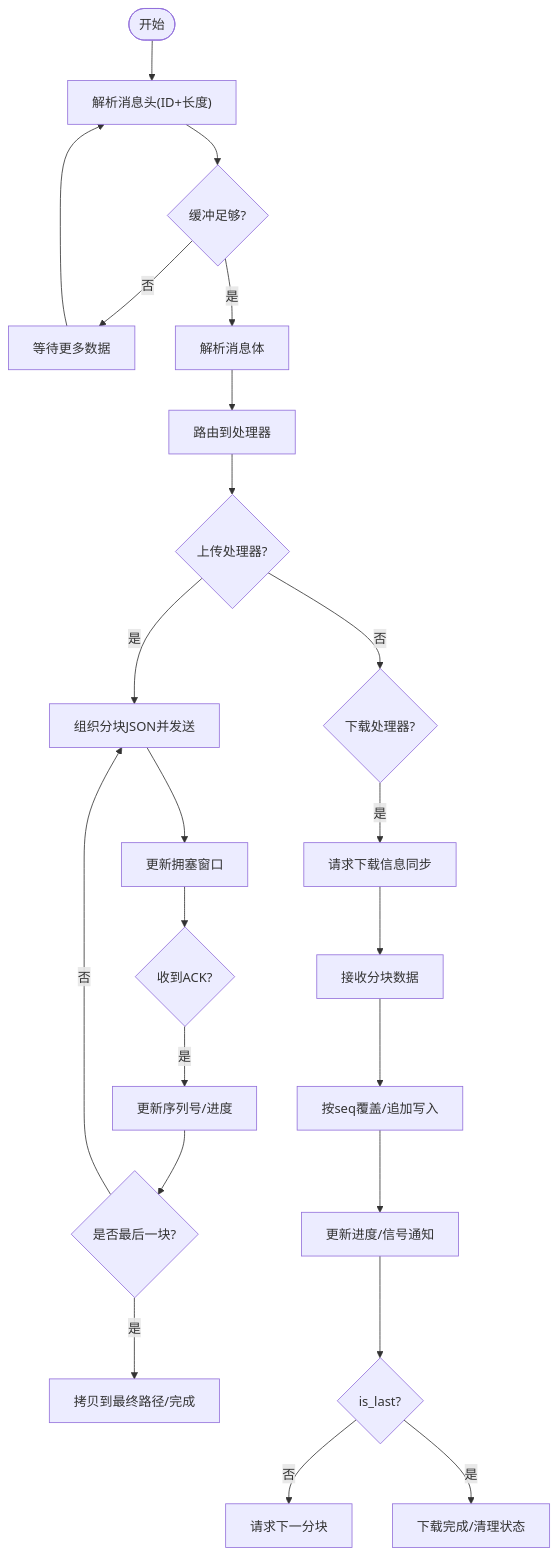
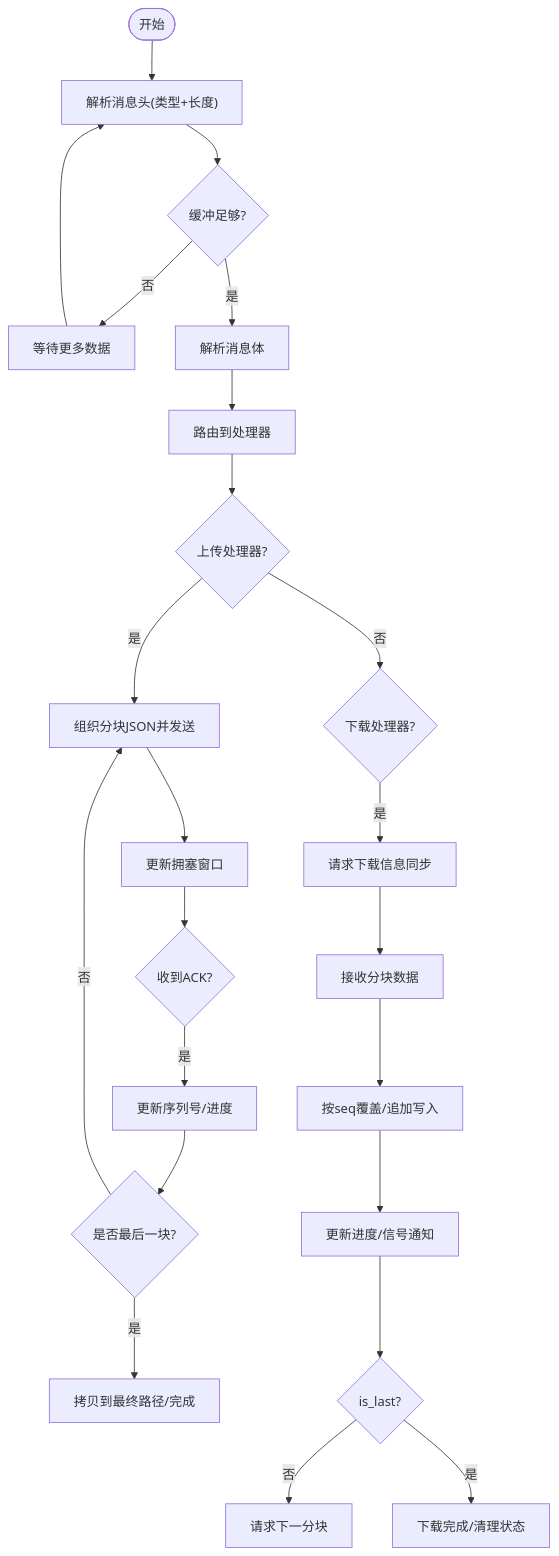
Before and after one commit to echo9923/mychatter: the fourth of 6 diagrams in .qoder/repowiki/zh/content/缓存和存储/文件系统管理.md, drawn with Mermaid. The commit also changed other lines of this file and 128 other files, not shown here.

````diff
--- a/.qoder/repowiki/zh/content/缓存和存储/文件系统管理.md
+++ b/.qoder/repowiki/zh/content/缓存和存储/文件系统管理.md
@@ -221,25 +221,25 @@
 ```mermaid
 flowchart TD
-Start(["开始"]) --> ParseHead["解析消息头(ID+长度)"]
+Start(["开始"]) --> ParseHead["解析消息头(类型+长度)"]
 ParseHead --> Enough{"缓冲足够?"}
 Enough -- 否 --> Wait["等待更多数据"]
 Enough -- 是 --> ParseBody["解析消息体"]
 ParseBody --> Route["路由到处理器"]
 Route --> UploadHandler{"上传处理器?"}
 UploadHandler -- 是 --> SendChunk["组织分块JSON并发送"]
 SendChunk --> UpdateCwnd["更新拥塞窗口"]
 UpdateCwnd --> AckCheck{"收到ACK?"}
 AckCheck -- 是 --> UpdateSeq["更新序列号/进度"]
 UpdateSeq --> NextChunk{"是否最后一块?"}
 NextChunk -- 否 --> SendChunk
 NextChunk -- 是 --> CopyFinal["拷贝到最终路径/完成"]
 UploadHandler -- 否 --> DownloadHandler{"下载处理器?"}
 DownloadHandler -- 是 --> ReqSync["请求下载信息同步"]
 ReqSync --> ReceiveChunk["接收分块数据"]
 ReceiveChunk --> WriteLocal["按seq覆盖/追加写入"]
 WriteLocal --> Progress["更新进度/信号通知"]
 Progress --> LastCheck{"is_last?"}
 LastCheck -- 否 --> ReqNext["请求下一分块"]
 LastCheck -- 是 --> Finish["下载完成/清理状态"]
 Wait --> ParseHead
 ```
````
